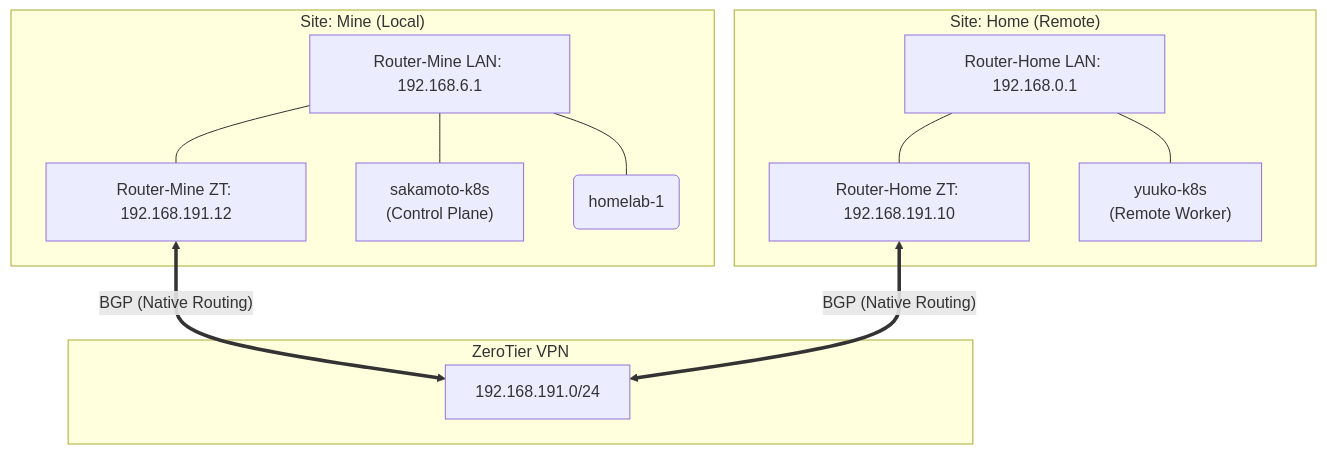
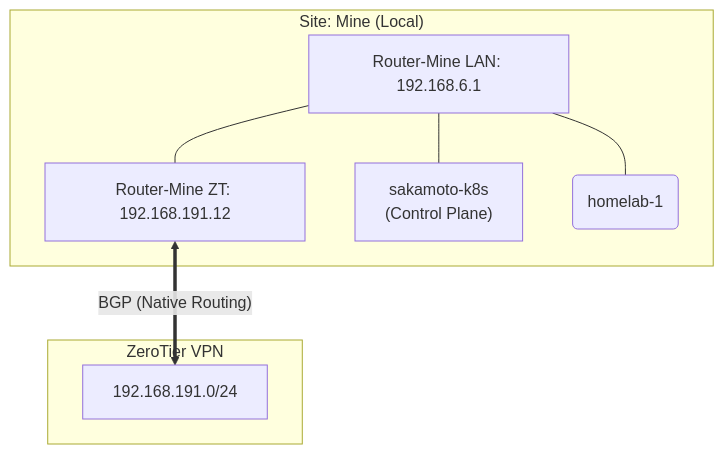
Before and after one commit to shelken/home-ops: the diagram in README.md, drawn with Mermaid. The commit also changed other lines of this file and 2 other files, not shown here.

````diff
--- a/README.md
+++ b/README.md
@@ -37,30 +37,20 @@
 ```mermaid
 graph TD
     subgraph Backbone ["ZeroTier VPN"]
         ZT_Link["192.168.191.0/24"]
     end
 
     subgraph Local_Site ["Site: Mine (Local)"]
         RM_IP["Router-Mine LAN: 192.168.6.1"]
         RM_ZT["Router-Mine ZT: 192.168.191.12"]
         Sakamoto["sakamoto-k8s<br/>(Control Plane)"]
         Homelab1(homelab-1)
     end
 
-    subgraph Remote_Site ["Site: Home (Remote)"]
-        RH_IP["Router-Home LAN: 192.168.0.1"]
-        RH_ZT["Router-Home ZT: 192.168.191.10"]
-        Yuuko["yuuko-k8s<br/>(Remote Worker)"]
-    end
-
     RM_IP --- Sakamoto
     RM_IP --- Homelab1
 
-    RH_IP --- Yuuko
-
     RM_ZT <== "BGP (Native Routing)" ==> ZT_Link
-    RH_ZT <== "BGP (Native Routing)" ==> ZT_Link
 
     RM_IP --- RM_ZT
-    RH_IP --- RH_ZT
 ```
````
